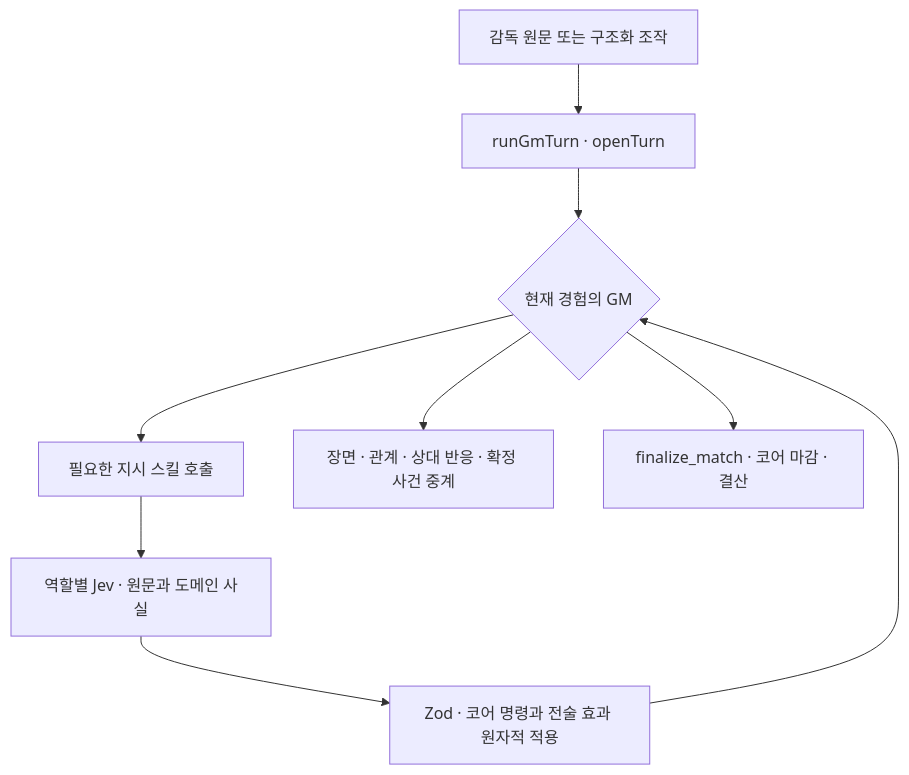
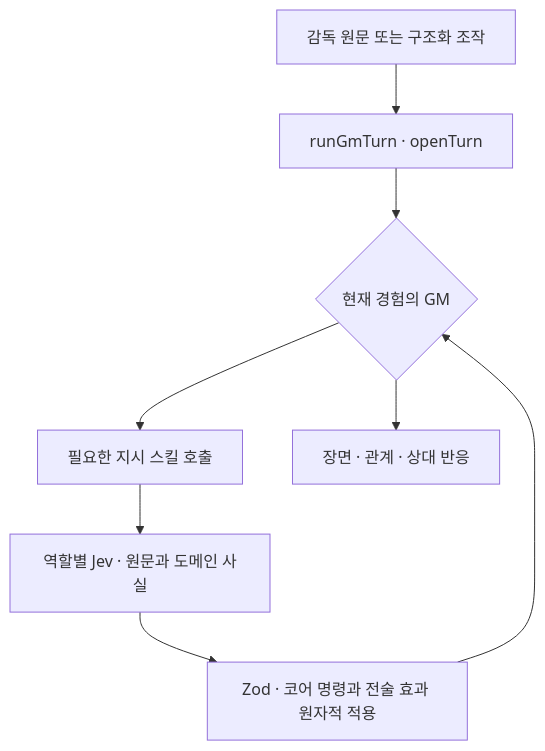
Before and after one commit to dhoonjang/gaffer: the diagram in docs/agents/agents.md, drawn with Mermaid. The commit also changed other lines of this file and 186 other files, not shown here.

````diff
--- a/docs/agents/agents.md
+++ b/docs/agents/agents.md
@@ -44,11 +44,10 @@
 ```mermaid
 flowchart TD
   U[감독 원문 또는 구조화 조작] --> O[runGmTurn · openTurn]
   O --> G{현재 경험의 GM}
   G --> S[필요한 지시 스킬 호출]
   S --> J[역할별 Jev · 원문과 도메인 사실]
   J --> V[Zod · 코어 명령과 전술 효과 원자적 적용]
   V --> G
-  G --> N[장면 · 관계 · 상대 반응 · 확정 사건 중계]
-  G --> F[finalize_match · 코어 마감 · 결산]
+  G --> N[장면 · 관계 · 상대 반응]
 ```
````
